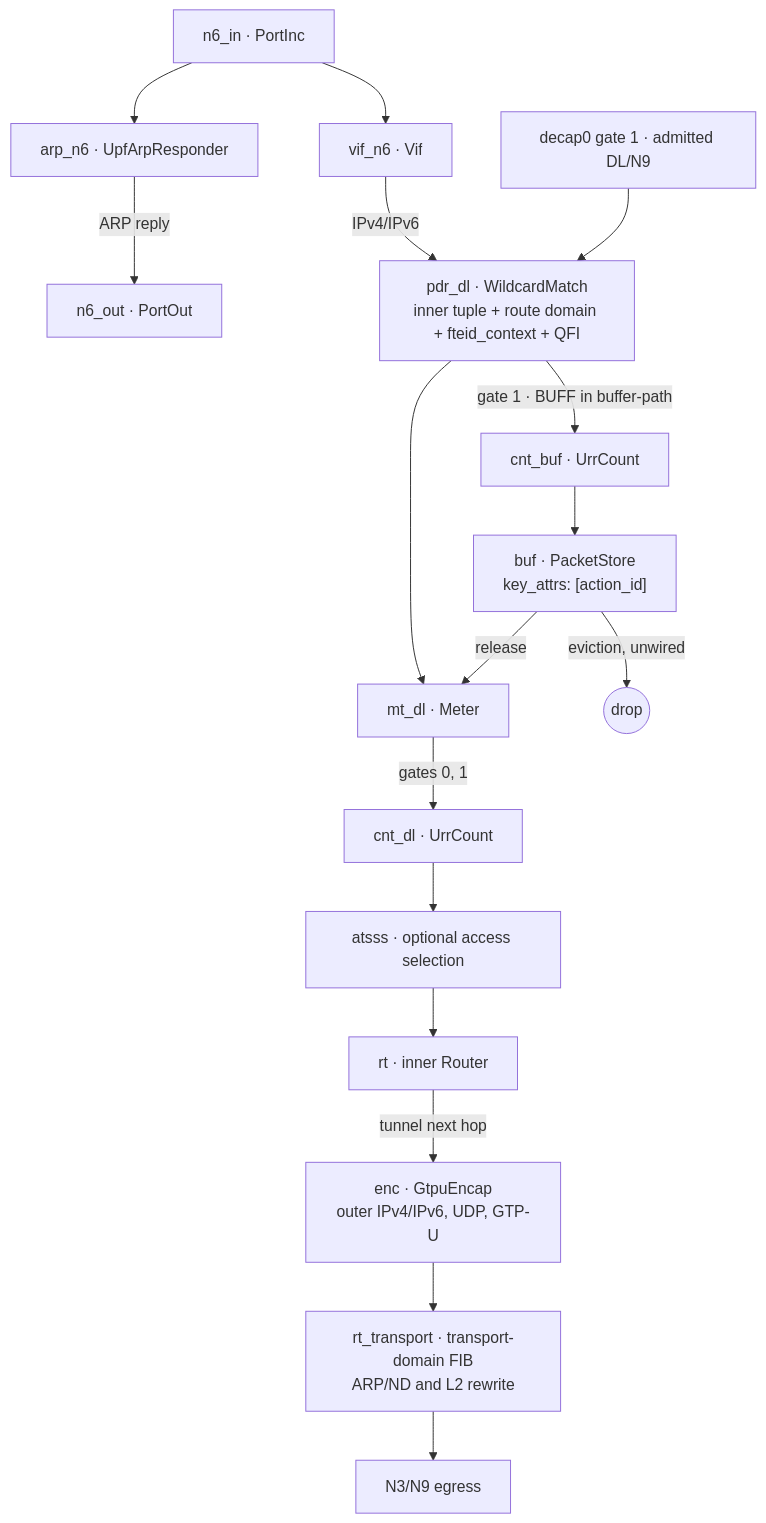
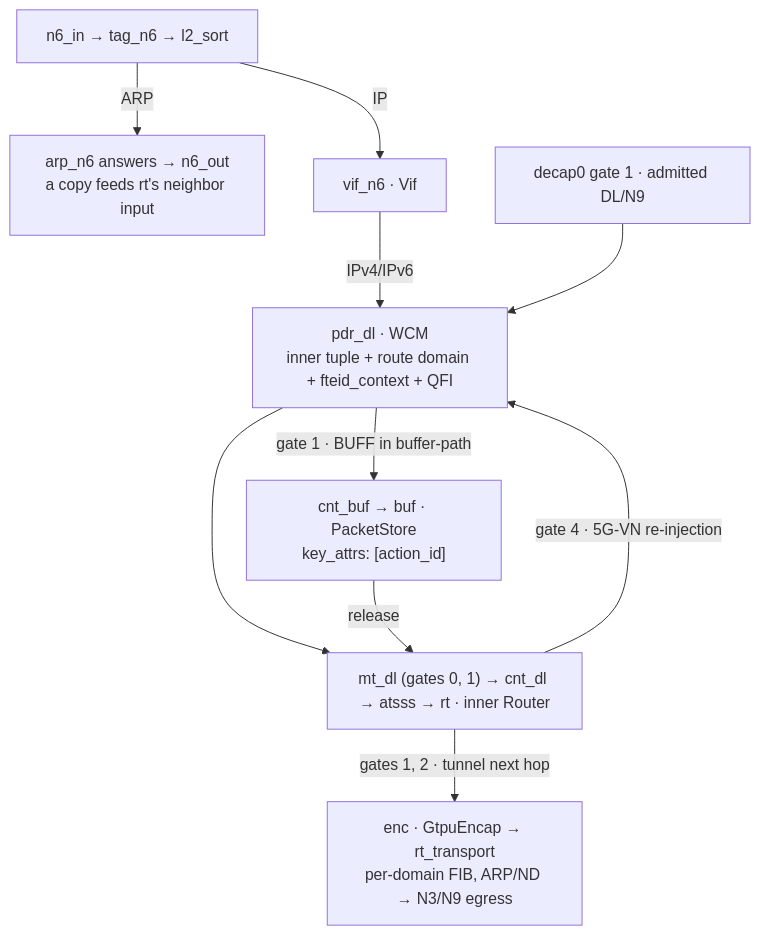
One commit to krsna1729/upf changed the second of 3 diagrams in docs/datapath.md. Above: the diagram before and after it, drawn with Mermaid. The commit also changed other lines of this file, not shown here.

Commit message:
docs: compact the datapath diagrams; show the 5G-VN re-injection and the N6 tag
Straight module chains collapse into one node each, so the two packet-path
diagrams fit GitHub width without a 1.4k-2k px scroll. The downlink one
gains rt gate 4 back into pdr_dl (5G-VN local switching) and tag_n6,
both in deploy/upf.yaml and missing from the drawing.

````diff
--- a/docs/datapath.md
+++ b/docs/datapath.md
@@ -62,19 +53,12 @@
 ```mermaid
 flowchart TB
-    n6in["n6_in · PortInc"] --> arp["arp_n6 · UpfArpResponder"]
-    arp -->|"ARP reply"| n6out["n6_out · PortOut"]
-    n6in --> vif["vif_n6 · Vif"]
-    vif -->|"IPv4/IPv6"| pdr["pdr_dl · WildcardMatch<br/>inner tuple + route domain + fteid_context + QFI"]
+    n6in["n6_in → tag_n6 → l2_sort"] -->|"ARP"| arp["arp_n6 answers → n6_out<br/>a copy feeds rt's neighbor input"]
+    n6in -->|"IP"| vif["vif_n6 · Vif"]
+    vif -->|"IPv4/IPv6"| pdr["pdr_dl · WCM<br/>inner tuple + route domain + fteid_context + QFI"]
     decap["decap0 gate 1 · admitted DL/N9"] --> pdr
-    pdr --> meter["mt_dl · Meter"]
-    pdr -->|"gate 1 · BUFF in buffer-path"| cb["cnt_buf · UrrCount"]
-    cb --> buf["buf · PacketStore<br/>key_attrs: [action_id]"]
-    buf -->|"release"| meter
-    buf -->|"eviction, unwired"| drop(("drop"))
-    meter -->|"gates 0, 1"| cnt["cnt_dl · UrrCount"]
-    cnt --> steer["atsss · optional access selection"]
-    steer --> rt["rt · inner Router"]
-    rt -->|"tunnel next hop"| enc["enc · GtpuEncap<br/>outer IPv4/IPv6, UDP, GTP-U"]
-    enc --> transport["rt_transport · transport-domain FIB<br/>ARP/ND and L2 rewrite"]
-    transport --> n3out["N3/N9 egress"]
+    pdr --> chain["mt_dl (gates 0, 1) → cnt_dl → atsss → rt · inner Router"]
+    pdr -->|"gate 1 · BUFF in buffer-path"| buf["cnt_buf → buf · PacketStore<br/>key_attrs: [action_id]"]
+    buf -->|"release"| chain
+    chain -->|"gates 1, 2 · tunnel next hop"| enc["enc · GtpuEncap → rt_transport<br/>per-domain FIB, ARP/ND → N3/N9 egress"]
+    chain -->|"gate 4 · 5G-VN re-injection"| pdr
 ```
````
